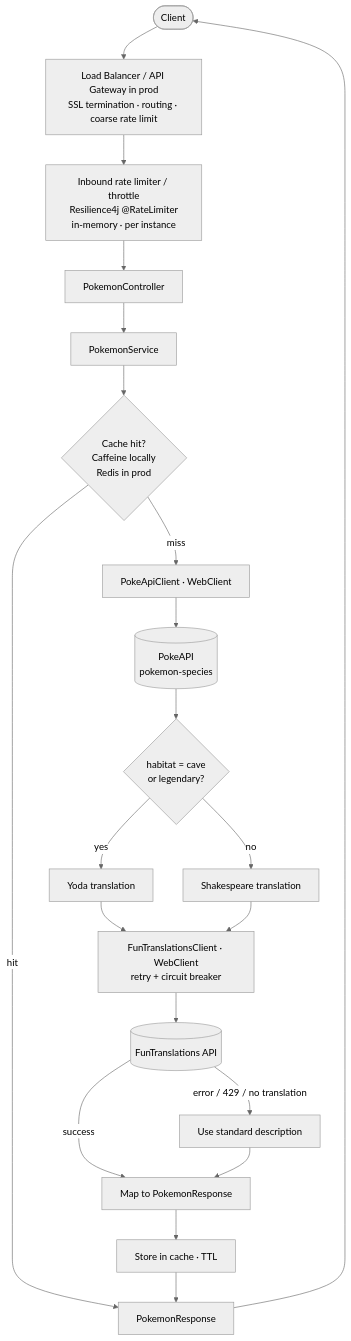
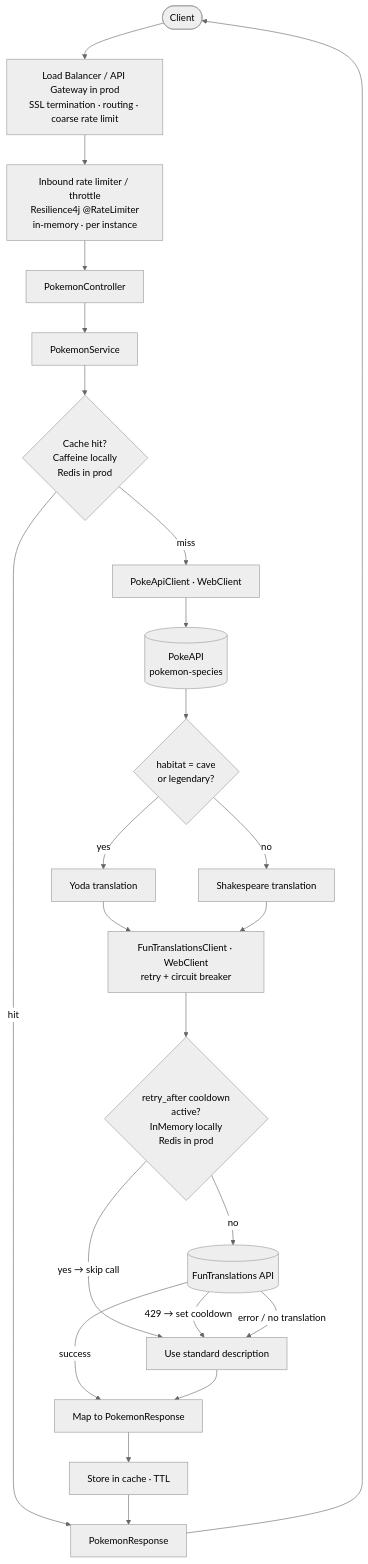
One commit to Eileanor/funny-pokedex changed the diagram in README.md. Above: the diagram before and after it, drawn with Mermaid (neutral theme). The commit also changed other lines of this file and 27 other files, not shown here.

````diff
--- a/README.md
+++ b/README.md
@@ -194,23 +210,26 @@
 ```mermaid
 flowchart TD
     Client([Client]) --> GW[Load Balancer / API Gateway in prod<br/>SSL termination · routing · coarse rate limit]
     GW --> RL[Inbound rate limiter / throttle<br/>Resilience4j @RateLimiter<br/>in-memory · per instance]
     RL --> C[PokemonController]
     C --> S[PokemonService]
     S --> Cache{Cache hit?<br/>Caffeine locally<br/>Redis in prod}
     Cache -- hit --> Resp[PokemonResponse]
     Cache -- miss --> PC[PokeApiClient · WebClient]
     PC --> PokeAPI[(PokeAPI<br/>pokemon-species)]
     PokeAPI --> Rule{habitat = cave<br/>or legendary?}
     Rule -- yes --> Yoda[Yoda translation]
     Rule -- no --> Shake[Shakespeare translation]
     Yoda --> FT[FunTranslationsClient · WebClient<br/>retry + circuit breaker]
     Shake --> FT
-    FT --> FunAPI[(FunTranslations API)]
+    FT --> Gate{retry_after cooldown<br/>active?<br/>InMemory locally<br/>Redis in prod}
+    Gate -- yes → skip call --> Fallback[Use standard description]
+    Gate -- no --> FunAPI[(FunTranslations API)]
     FunAPI -- success --> Map[Map to PokemonResponse]
-    FunAPI -- error / 429 / no translation --> Fallback[Use standard description]
+    FunAPI -- 429 → set cooldown --> Fallback
+    FunAPI -- error / no translation --> Fallback
     Fallback --> Map
     Map --> Store[Store in cache · TTL]
     Store --> Resp
     Resp --> Client
 ```
````
